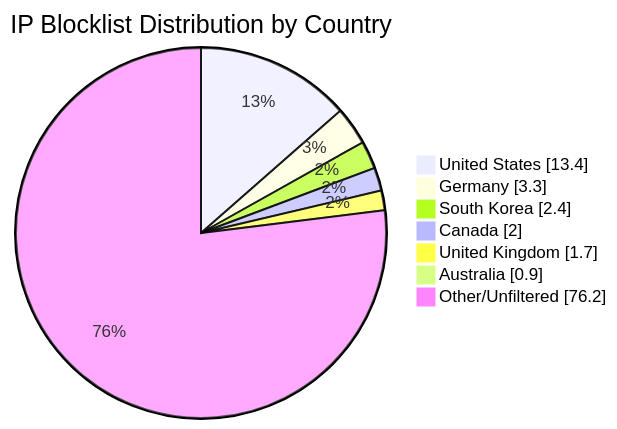
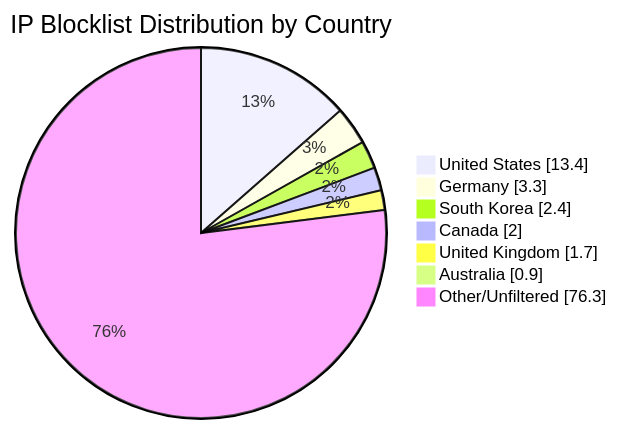
One commit to MarcusHoltz/ipblocklist-geofiltered-aggregator changed the diagram in README.md. Above: the diagram before and after it, drawn with Mermaid. The commit also changed other lines of this file and 9 other files, not shown here.

````diff
--- a/README.md
+++ b/README.md
@@ -34,10 +34,10 @@
 ```mermaid
 pie showData title IP Blocklist Distribution by Country
 "United States" : 13.4
 "Germany" : 3.3
 "South Korea" : 2.4
 "Canada" : 2.0
 "United Kingdom" : 1.7
 "Australia" : 0.9
-"Other/Unfiltered" : 76.2
+"Other/Unfiltered" : 76.3
 ```
````
